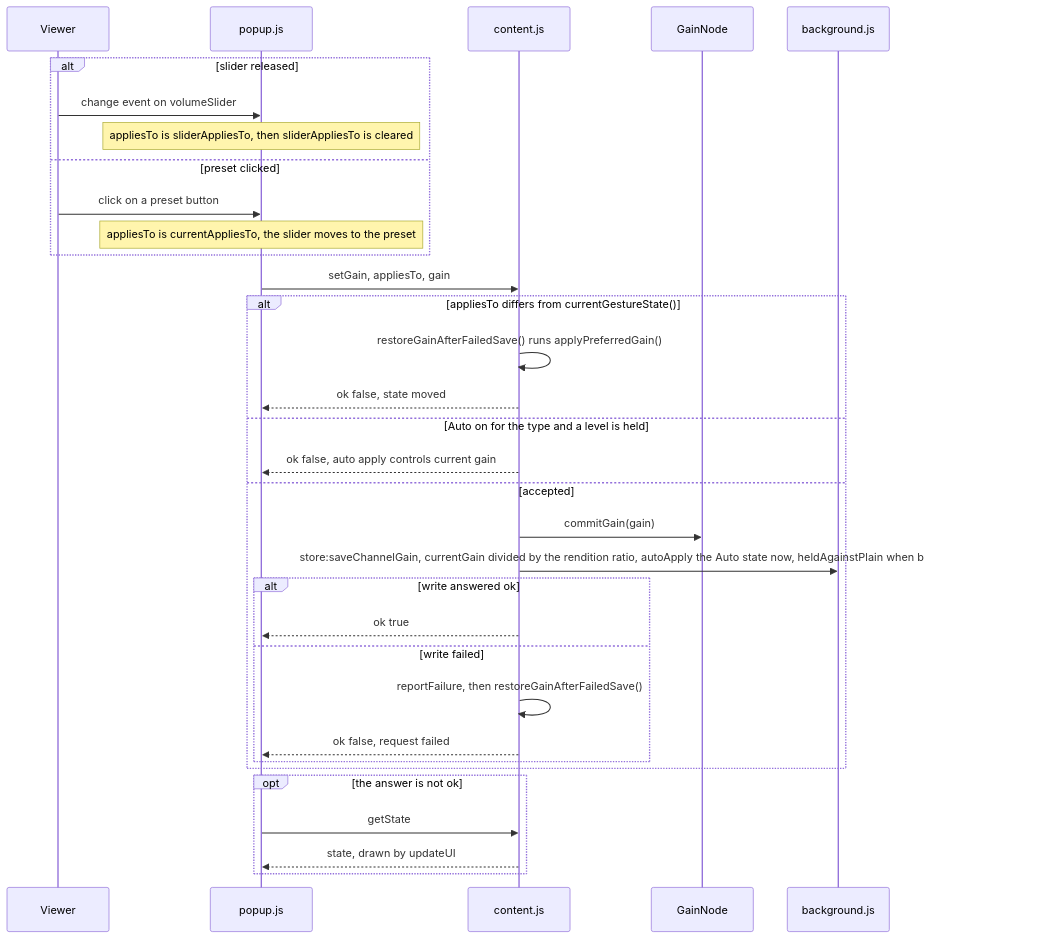
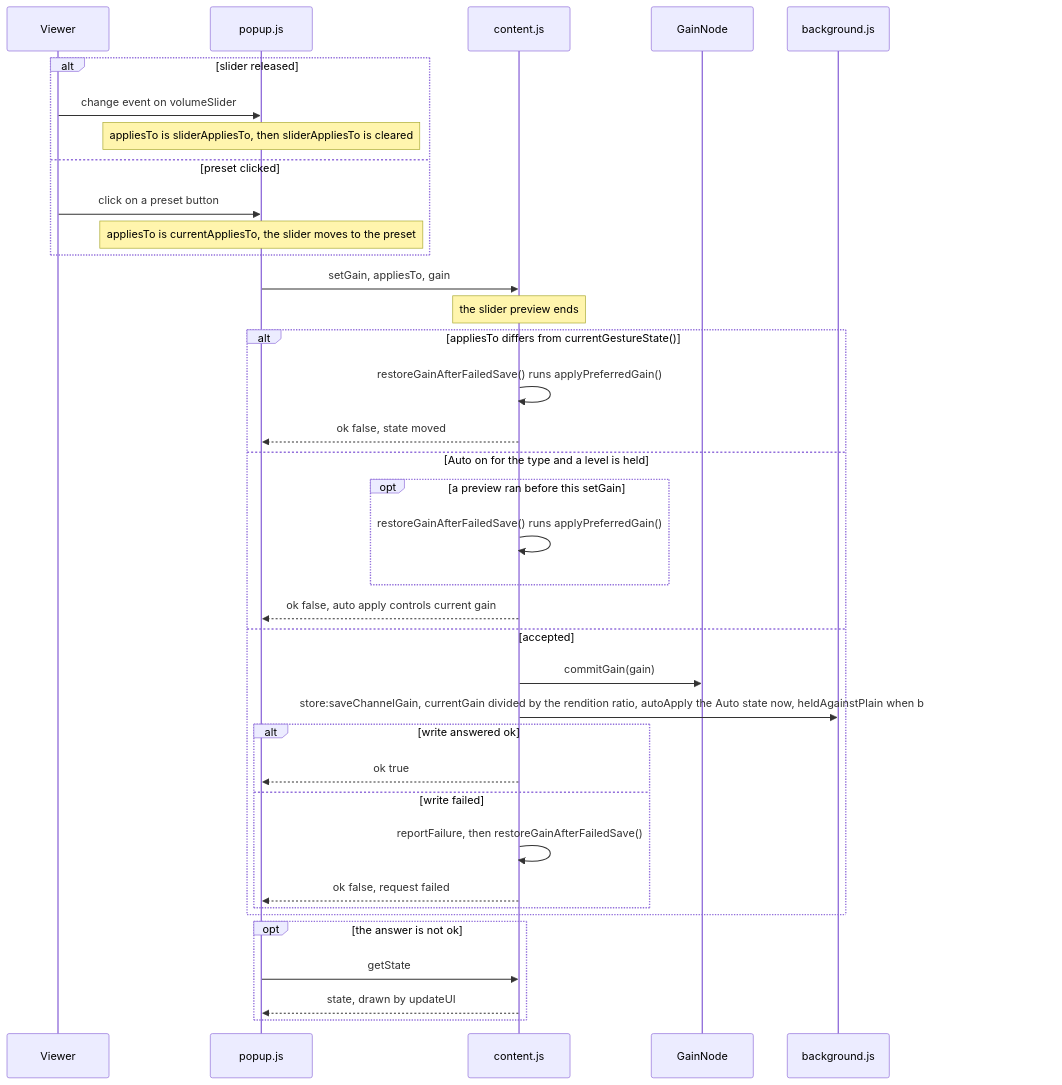
The fourth of 14 diagrams in docs/gain-change-and-save.md (semnil/yt-channel-volume), drawn with Mermaid before and after one commit. The commit also changed other lines of this file and 5 other files, not shown here.

````diff
--- a/docs/gain-change-and-save.md
+++ b/docs/gain-change-and-save.md
@@ -197,35 +201,39 @@
 ```mermaid
 sequenceDiagram
   participant V as Viewer
   participant P as popup.js
   participant C as content.js
   participant G as GainNode
   participant W as background.js
   alt slider released
     V->>P: change event on volumeSlider
     Note over P: appliesTo is sliderAppliesTo, then sliderAppliesTo is cleared
   else preset clicked
     V->>P: click on a preset button
     Note over P: appliesTo is currentAppliesTo, the slider moves to the preset
   end
   P->>C: setGain, appliesTo, gain
+  Note over C: the slider preview ends
   alt appliesTo differs from currentGestureState()
     C->>C: restoreGainAfterFailedSave() runs applyPreferredGain()
     C-->>P: ok false, state moved
   else Auto on for the type and a level is held
+    opt a preview ran before this setGain
+      C->>C: restoreGainAfterFailedSave() runs applyPreferredGain()
+    end
     C-->>P: ok false, auto apply controls current gain
   else accepted
     C->>G: commitGain(gain)
     C->>W: store:saveChannelGain, currentGain divided by the rendition ratio, autoApply the Auto state now, heldAgainstPlain when baseLoudnessDb is known
     alt write answered ok
       C-->>P: ok true
     else write failed
       C->>C: reportFailure, then restoreGainAfterFailedSave()
       C-->>P: ok false, request failed
     end
   end
   opt the answer is not ok
     P->>C: getState
     C-->>P: state, drawn by updateUI
   end
 ```
````
